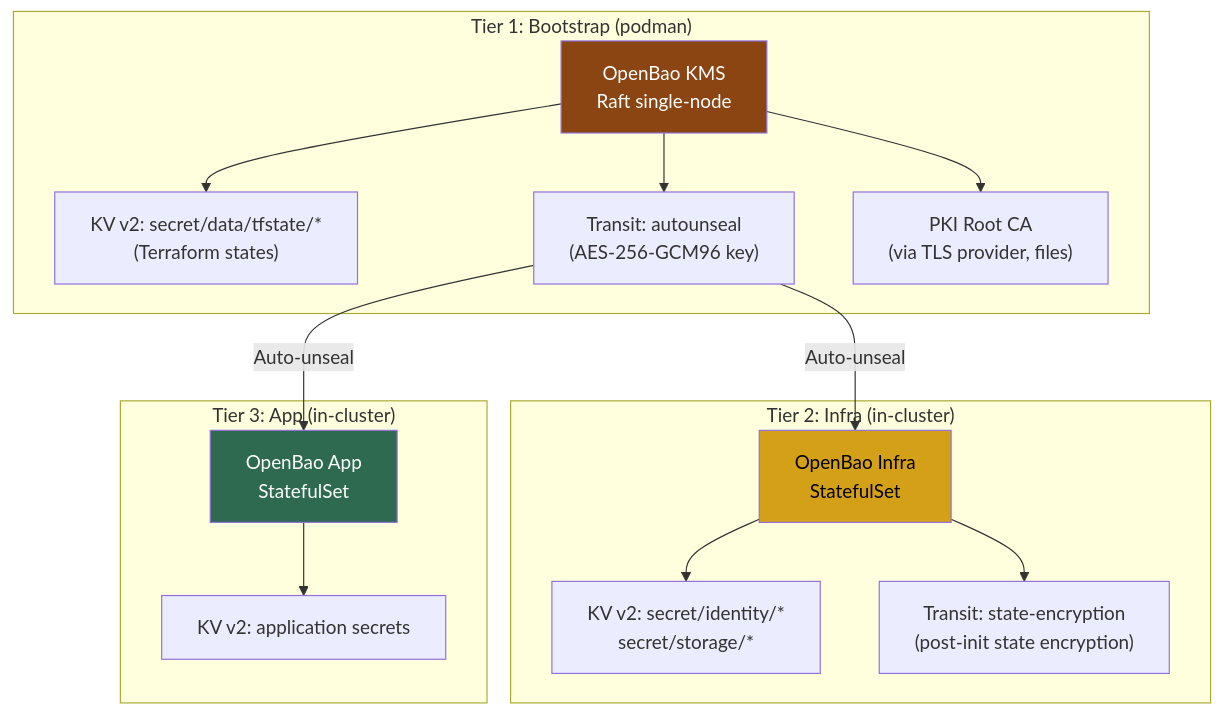
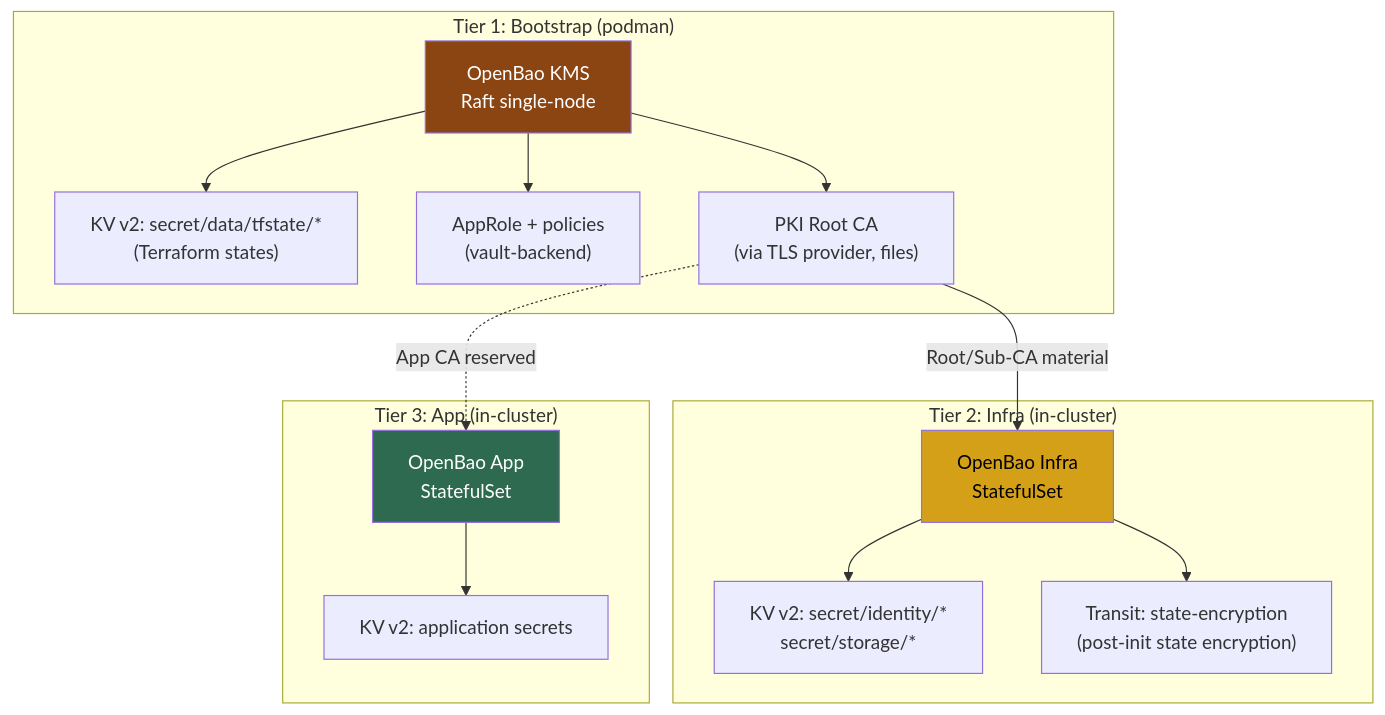
Before and after one commit to Destynova2/st4ck: the third of 7 diagrams in docs/hld-talos-platform.md, drawn with Mermaid. The commit also changed other lines of this file and 25 other files, not shown here.

````diff
--- a/docs/hld-talos-platform.md
+++ b/docs/hld-talos-platform.md
@@ -188,33 +188,33 @@
 ```mermaid
 graph TB
     subgraph "Tier 1: Bootstrap (podman)"
         BKMS["OpenBao KMS<br/>Raft single-node"]
         BKMS_KV["KV v2: secret/data/tfstate/*<br/>(Terraform states)"]
-        BKMS_TRANSIT["Transit: autounseal<br/>(AES-256-GCM96 key)"]
+        BKMS_AUTH["AppRole + policies<br/>(vault-backend)"]
         BKMS_PKI["PKI Root CA<br/>(via TLS provider, files)"]
         BKMS --> BKMS_KV
-        BKMS --> BKMS_TRANSIT
+        BKMS --> BKMS_AUTH
         BKMS --> BKMS_PKI
     end
 
     subgraph "Tier 2: Infra (in-cluster)"
         INFRA["OpenBao Infra<br/>StatefulSet"]
         INFRA_KV["KV v2: secret/identity/*<br/>secret/storage/*"]
         INFRA_TRANSIT["Transit: state-encryption<br/>(post-init state encryption)"]
         INFRA --> INFRA_KV
         INFRA --> INFRA_TRANSIT
     end
 
     subgraph "Tier 3: App (in-cluster)"
         APP["OpenBao App<br/>StatefulSet"]
         APP_KV["KV v2: application secrets"]
         APP --> APP_KV
     end
 
-    BKMS_TRANSIT -->|"Auto-unseal"| INFRA
-    BKMS_TRANSIT -->|"Auto-unseal"| APP
+    BKMS_PKI -->|"Root/Sub-CA material"| INFRA
+    BKMS_PKI -.->|"App CA reserved"| APP
 
     style BKMS fill:#8B4513,color:#fff
     style INFRA fill:#d4a017,color:#000
     style APP fill:#2d6a4f,color:#fff
 ```
````
